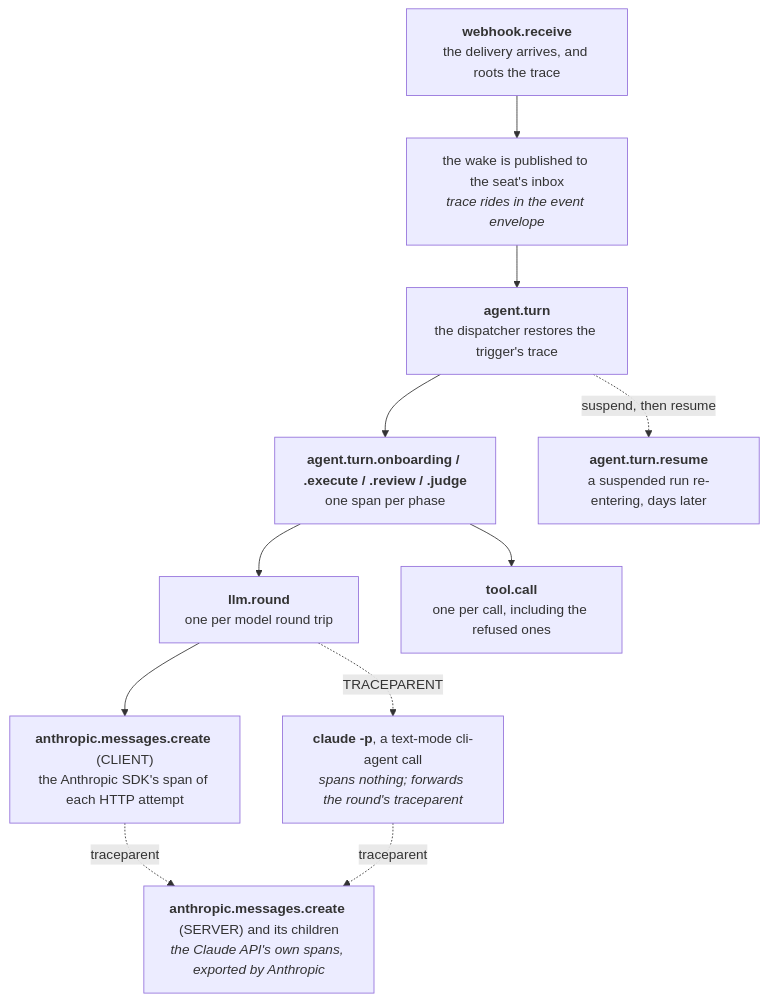
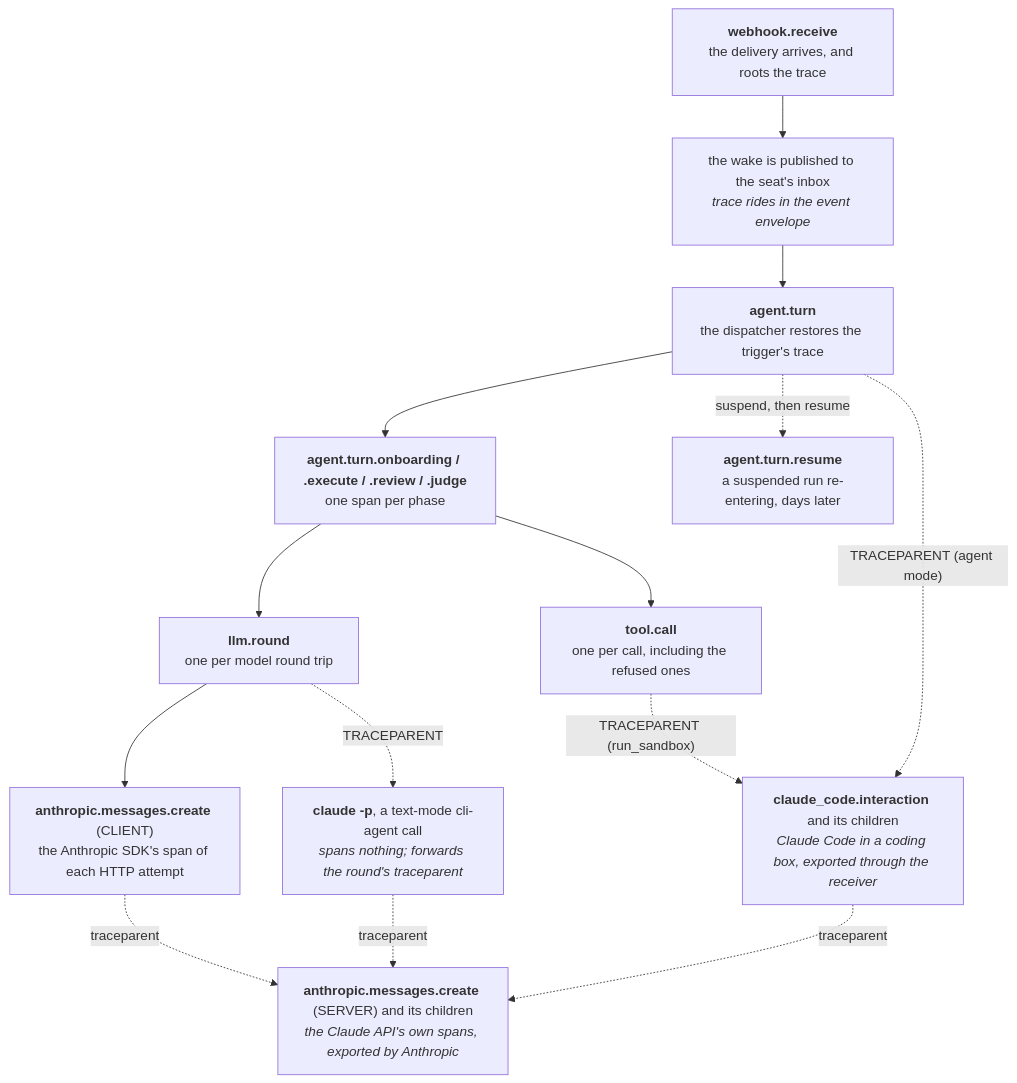
Before and after one commit to crewlet/crewlet: the diagram in docs/guides/deployment.md, drawn with Mermaid. The commit also changed other lines of this file and 15 other files, not shown here.

````diff
--- a/docs/guides/deployment.md
+++ b/docs/guides/deployment.md
@@ -1218,21 +1218,25 @@
 ```mermaid
 flowchart TD
     A["<b>webhook.receive</b><br/>the delivery arrives, and roots the trace"]
     B["the wake is published to the seat's inbox<br/><i>trace rides in the event envelope</i>"]
     C["<b>agent.turn</b><br/>the dispatcher restores the trigger's trace"]
     D["<b>agent.turn.onboarding / .execute / .review / .judge</b><br/>one span per phase"]
     E["<b>llm.round</b><br/>one per model round trip"]
     F["<b>tool.call</b><br/>one per call, including the refused ones"]
     G["<b>agent.turn.resume</b><br/>a suspended run re-entering, days later"]
     H["<b>anthropic.messages.create</b> (CLIENT)<br/>the Anthropic SDK's span of each HTTP attempt"]
     J["<b>claude -p</b>, a text-mode cli-agent call<br/><i>spans nothing; forwards the round's traceparent</i>"]
+    K["<b>claude_code.interaction</b> and its children<br/><i>Claude Code in a coding box, exported through the receiver</i>"]
     I["<b>anthropic.messages.create</b> (SERVER) and its children<br/><i>the Claude API's own spans, exported by Anthropic</i>"]
     A --> B --> C --> D
     D --> E
     D --> F
     E --> H
     E -.->|"TRACEPARENT"| J
+    F -.->|"TRACEPARENT (run_sandbox)"| K
+    C -.->|"TRACEPARENT (agent mode)"| K
     H -.->|"traceparent"| I
     J -.->|"traceparent"| I
+    K -.->|"traceparent"| I
     C -.->|"suspend, then resume"| G
 ```
````
